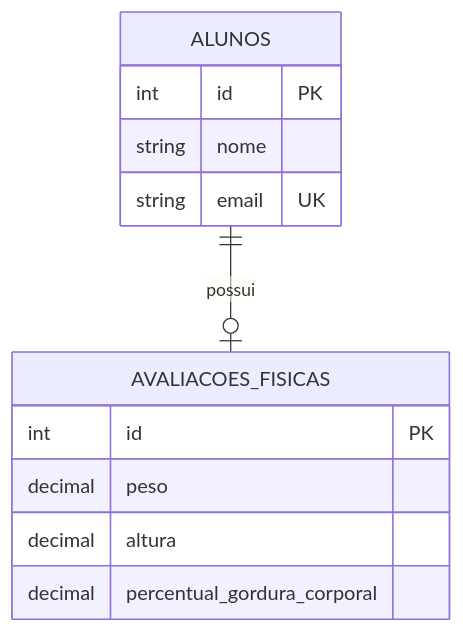
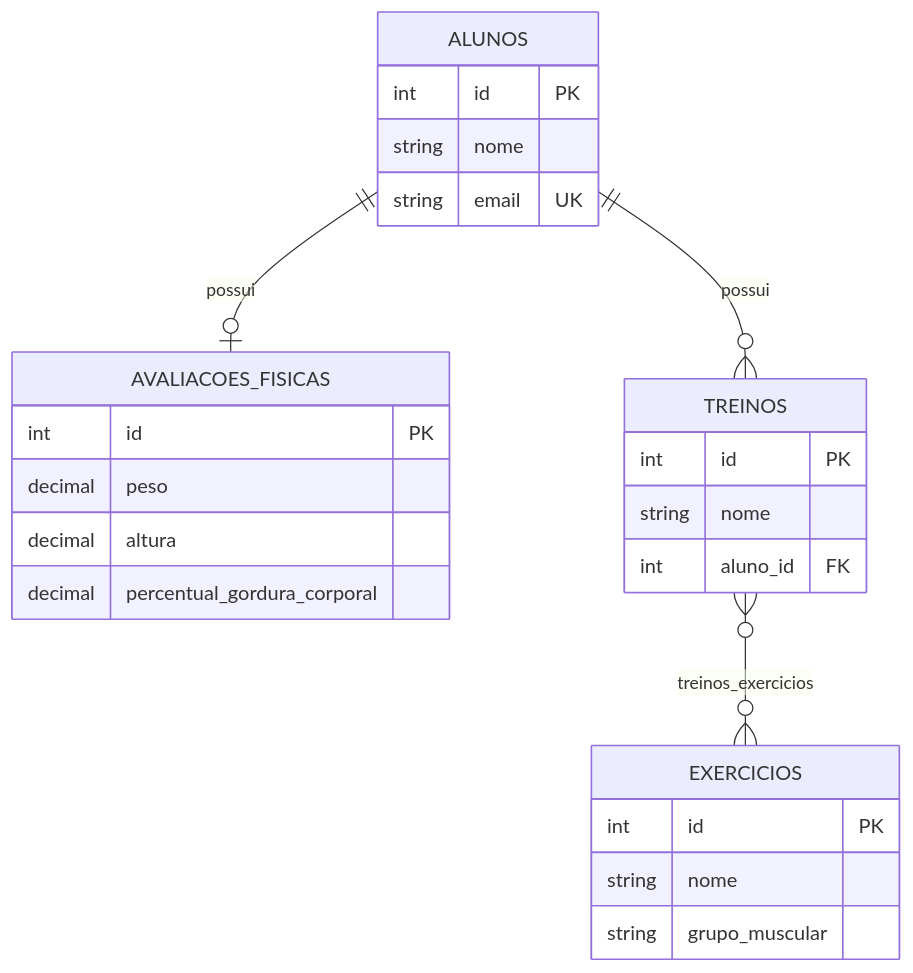
The diagram in README.md (Simbiozze/spring-boot-essentials), drawn with Mermaid before and after one commit. The commit also changed other lines of this file, not shown here.

Commit message:
Atualizando o Readme com treinos e exercicios

````diff
--- a/README.md
+++ b/README.md
@@ -35,15 +44,28 @@
 ```mermaid
 erDiagram
     ALUNOS ||--o| AVALIACOES_FISICAS : possui
+    ALUNOS ||--o{ TREINOS : possui
+    TREINOS }o--o{ EXERCICIOS : "treinos_exercicios"
+
     ALUNOS {
         int id PK
         string nome
         string email UK
     }
     AVALIACOES_FISICAS {
         int id PK
         decimal peso
         decimal altura
         decimal percentual_gordura_corporal
     }
+    TREINOS {
+        int id PK
+        string nome
+        int aluno_id FK
+    }
+    EXERCICIOS {
+        int id PK
+        string nome
+        string grupo_muscular
+    }
 ```
````
